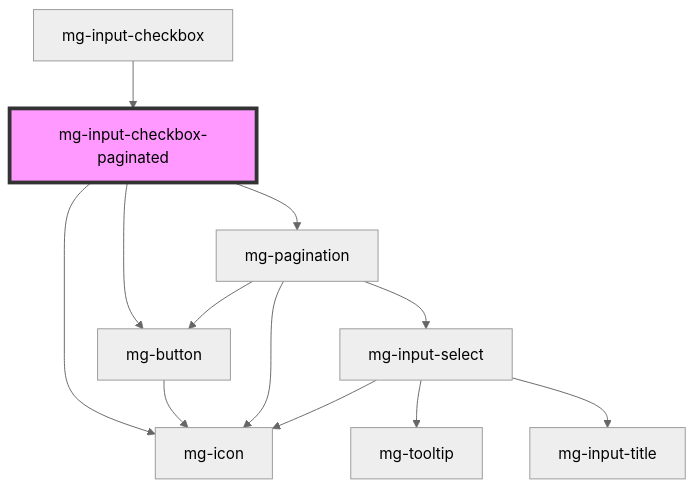
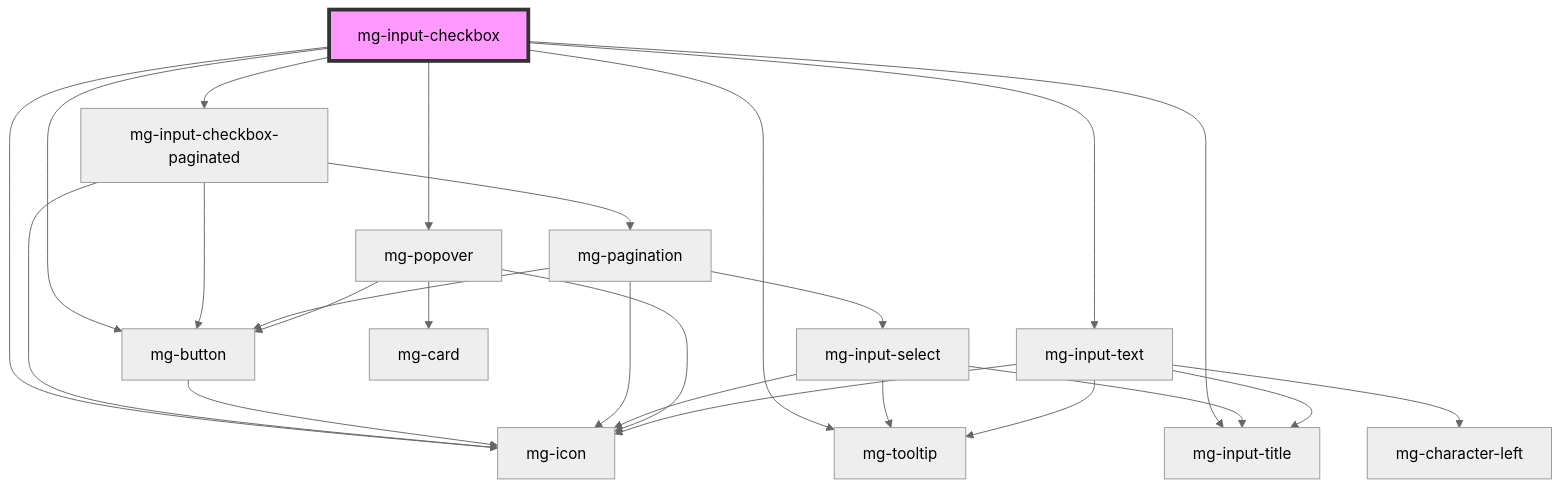
One commit to MGDIS/core-ui changed the diagram in packages/mg-components/src/components/molecules/inputs/mg-input-checkbox/readme.md. Above: the diagram before and after it, drawn with Mermaid (neutral theme). The commit also changed other lines of this file and 19 other files, not shown here.

First line of the commit message:
feat(mgInputCheckbox): mg-input-checkbox pagniated style update

````diff
--- a/packages/mg-components/src/components/molecules/inputs/mg-input-checkbox/readme.md
+++ b/packages/mg-components/src/components/molecules/inputs/mg-input-checkbox/readme.md
@@ -144,15 +164,28 @@
 ```mermaid
 graph TD;
+  mg-input-checkbox --> mg-input-checkbox-paginated
+  mg-input-checkbox --> mg-popover
+  mg-input-checkbox --> mg-button
+  mg-input-checkbox --> mg-icon
+  mg-input-checkbox --> mg-input-text
+  mg-input-checkbox --> mg-tooltip
+  mg-input-checkbox --> mg-input-title
   mg-input-checkbox-paginated --> mg-button
   mg-input-checkbox-paginated --> mg-icon
   mg-input-checkbox-paginated --> mg-pagination
   mg-button --> mg-icon
   mg-pagination --> mg-button
   mg-pagination --> mg-icon
   mg-pagination --> mg-input-select
   mg-input-select --> mg-tooltip
   mg-input-select --> mg-icon
   mg-input-select --> mg-input-title
-  mg-input-checkbox --> mg-input-checkbox-paginated
-  style mg-input-checkbox-paginated fill:#f9f,stroke:#333,stroke-width:4px
+  mg-popover --> mg-card
+  mg-popover --> mg-button
+  mg-popover --> mg-icon
+  mg-input-text --> mg-icon
+  mg-input-text --> mg-character-left
+  mg-input-text --> mg-tooltip
+  mg-input-text --> mg-input-title
+  style mg-input-checkbox fill:#f9f,stroke:#333,stroke-width:4px
 ```
````
